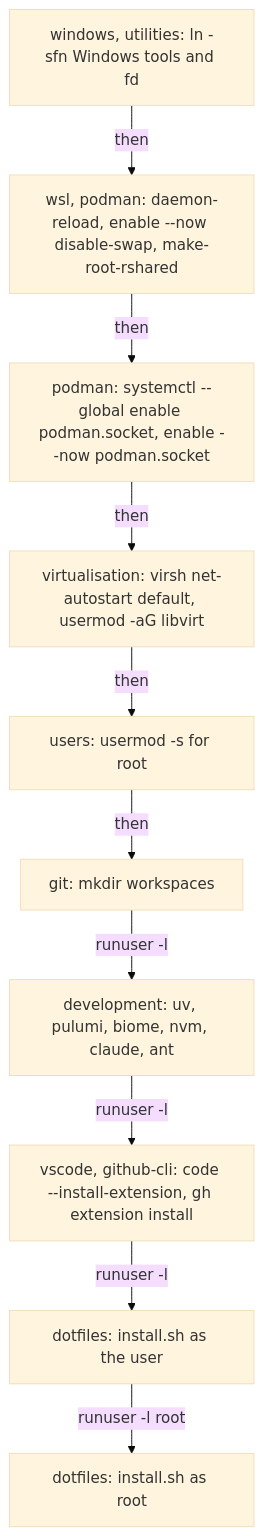
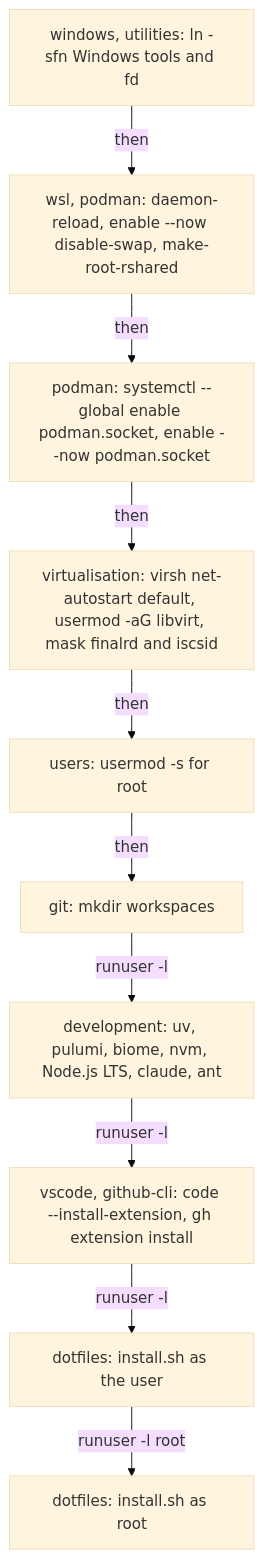
Before and after one commit to froazin/wsl: the third of 3 diagrams in docs/provisioning.md, drawn with Mermaid (base theme). The commit also changed other lines of this file and 9 other files, not shown here.

````diff
--- a/docs/provisioning.md
+++ b/docs/provisioning.md
@@ -103,14 +105,14 @@
 ```mermaid
 flowchart TD
     accTitle: runcmd order
-    accDescr: runcmd runs the fragments' entries in the order of their numbers. It links the Windows tools and fd, enables the system units and the global podman socket, sets up libvirt, sets zsh for root, then makes the user's workspaces, installs their tools and extensions and runs install.sh for the user and root.
+    accDescr: runcmd runs the fragments' entries in the order of their numbers. It links the Windows tools and fd, enables the system units and the global podman socket, sets up libvirt and masks the iSCSI units, sets zsh for root, then makes the user's workspaces, installs their tools, Node.js and extensions and runs install.sh for the user and root.
     links["windows, utilities: ln -sfn Windows tools and fd"] -->|then| units["wsl, podman: daemon-reload, enable --now disable-swap, make-root-rshared"]
     units -->|then| global["podman: systemctl --global enable podman.socket, enable --now podman.socket"]
-    global -->|then| virsh["virtualisation: virsh net-autostart default, usermod -aG libvirt"]
+    global -->|then| virsh["virtualisation: virsh net-autostart default, usermod -aG libvirt, mask finalrd and iscsid"]
     virsh -->|then| shells["users: usermod -s for root"]
     shells -->|then| prep["git: mkdir workspaces"]
-    prep -->|runuser -l| tools["development: uv, pulumi, biome, nvm, claude, ant"]
+    prep -->|runuser -l| tools["development: uv, pulumi, biome, nvm, Node.js LTS, claude, ant"]
     tools -->|runuser -l| ext["vscode, github-cli: code --install-extension, gh extension install"]
     ext -->|runuser -l| userinstall["dotfiles: install.sh as the user"]
     userinstall -->|runuser -l root| rootinstall["dotfiles: install.sh as root"]
 ```
````
